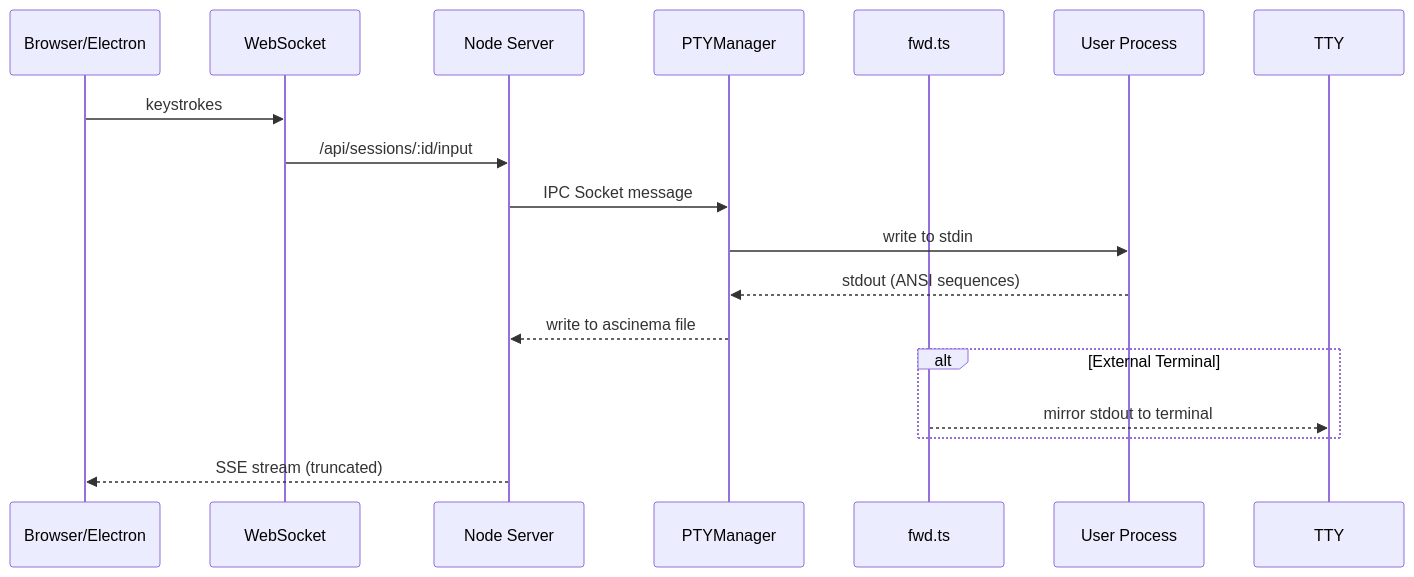
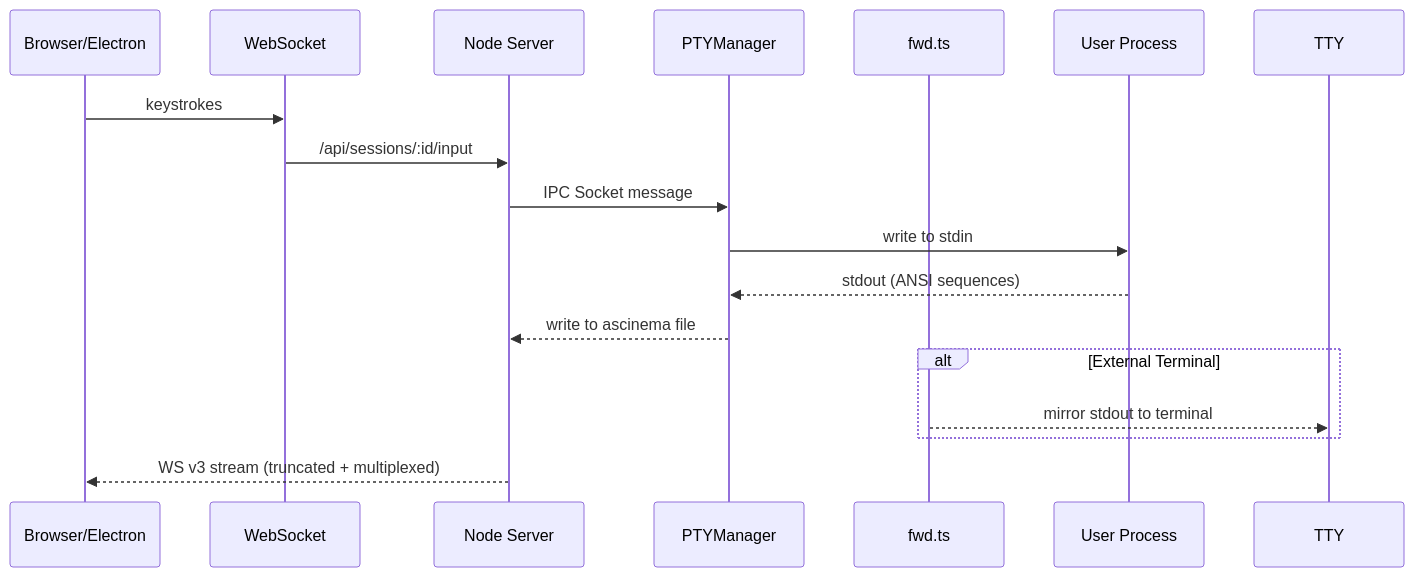
The diagram in docs/architecture-mario.md (millord237/vibetunnel), drawn with Mermaid before and after one commit. The commit also changed 10 other files, not shown here.

````diff
--- a/docs/architecture-mario.md
+++ b/docs/architecture-mario.md
@@ -32,20 +32,20 @@
 ```mermaid
 sequenceDiagram
     participant UI as Browser/Electron
     participant WS as WebSocket
     participant Server as Node Server
     participant PTY as PTYManager
     participant FWD as fwd.ts
     participant Proc as User Process
     
     UI->>WS: keystrokes
     WS->>Server: /api/sessions/:id/input
     Server->>PTY: IPC Socket message
     PTY->>Proc: write to stdin
     Proc-->>PTY: stdout (ANSI sequences)
     PTY-->>Server: write to ascinema file
     alt External Terminal
         FWD-->>TTY: mirror stdout to terminal
     end
-    Server-->>UI: SSE stream (truncated)
+    Server-->>UI: WS v3 stream (truncated + multiplexed)
 ```
````
